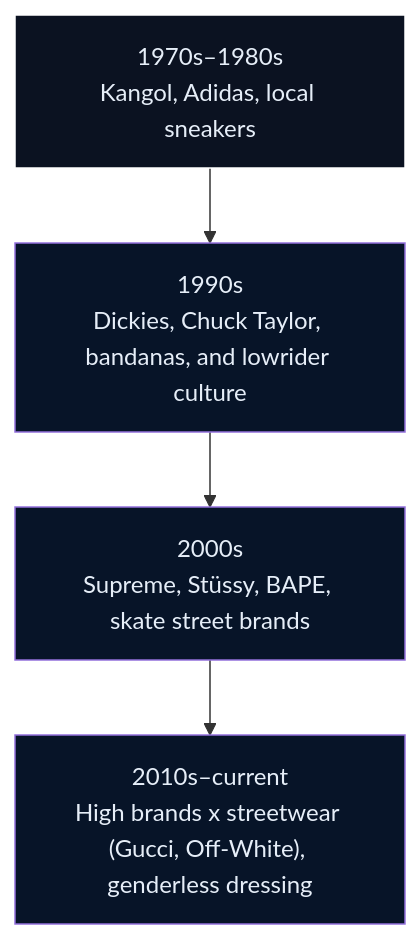
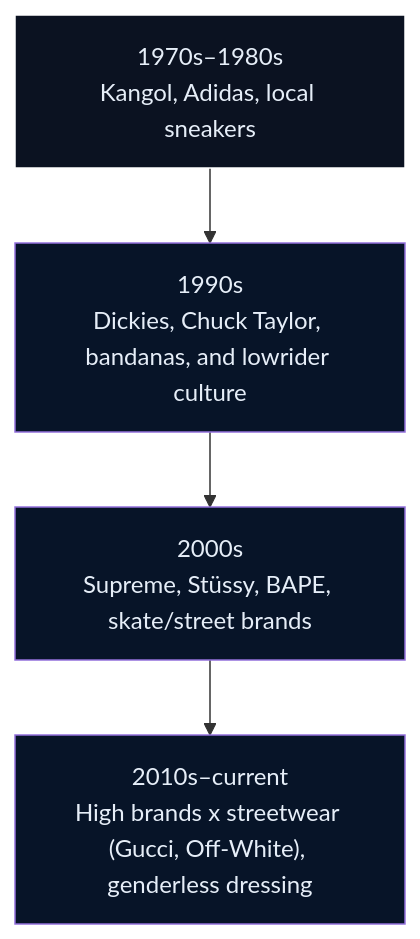
One commit to monumental-movement/monumental-movement.github.io changed the diagram in en/_posts/2025-09-20-Column-Westcoast-Hiphop-History.md. Above: the diagram before and after it, drawn with Mermaid. The commit also changed other lines of this file and 259 other files, not shown here.

```diff
--- a/en/_posts/2025-09-20-Column-Westcoast-Hiphop-History.md
+++ b/en/_posts/2025-09-20-Column-Westcoast-Hiphop-History.md
@@ -162,10 +162,10 @@
 <div class="mermaid">
 flowchart TD
   style A fill:#0b1221,stroke:#ffffff,stroke-width:1px
   A["1970s–1980s\nKangol, Adidas, local sneakers"] --> B["1990s\nDickies, Chuck Taylor, bandanas, and lowrider culture"]
-  B --> C["2000s\nSupreme, Stüssy, BAPE, skate street brands"]
+  B --> C["2000s\nSupreme, Stüssy, BAPE, skate/street brands"]
   C --> D["2010s–current\nHigh brands x streetwear (Gucci, Off-White), genderless dressing"]
 
   classDef decades fill:#071428,color:#e6eef8
   class A,B,C,D decades
 </div>
```
